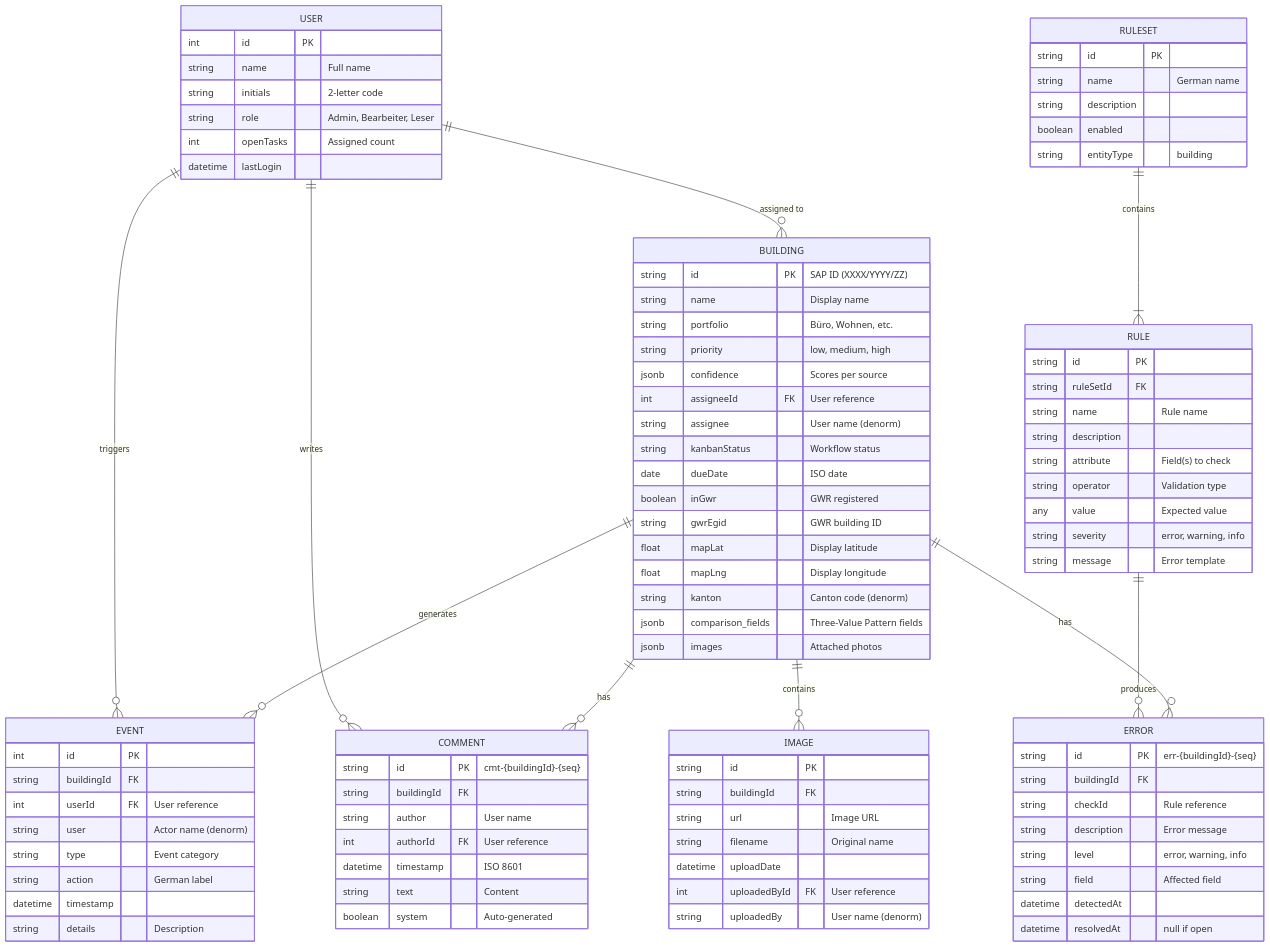
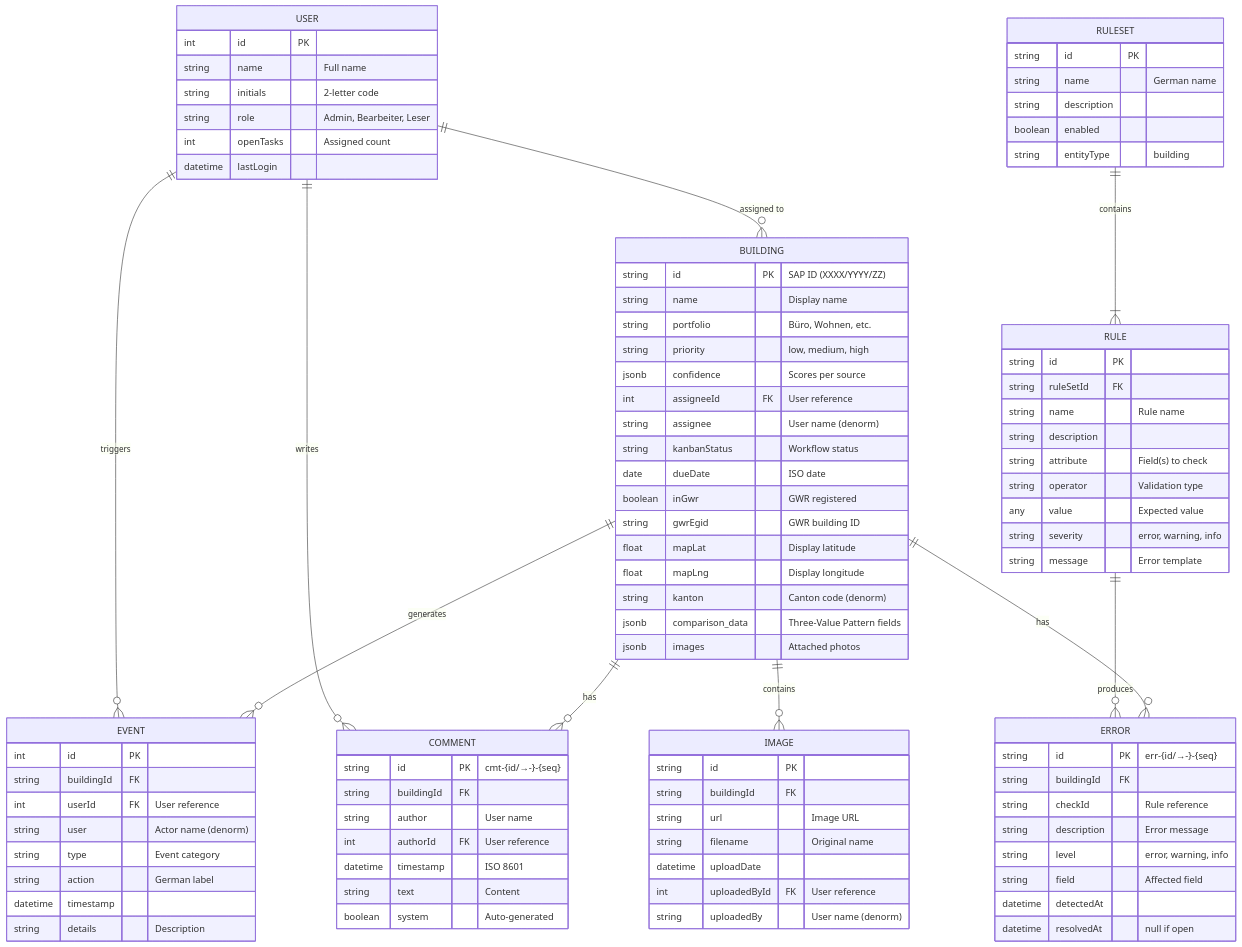
Before and after one commit to bbl-dres/geo-check: the second of 3 diagrams in docs/DATABASE.md, drawn with Mermaid. The commit also changed other lines of this file and 8 other files, not shown here.

```diff
--- a/docs/DATABASE.md
+++ b/docs/DATABASE.md
@@ -93,7 +93,7 @@
         float mapLat "Display latitude"
         float mapLng "Display longitude"
         string kanton "Canton code (denorm)"
-        jsonb comparison_fields "Three-Value Pattern fields"
+        jsonb comparison_data "Three-Value Pattern fields"
         jsonb images "Attached photos"
     }
 
@@ -118,7 +118,7 @@
     }
 
     COMMENT {
-        string id PK "cmt-{buildingId}-{seq}"
+        string id PK "cmt-{id/→-}-{seq}"
         string buildingId FK
         string author "User name"
         int authorId FK "User reference"
@@ -128,7 +128,7 @@
     }
 
     ERROR {
-        string id PK "err-{buildingId}-{seq}"
+        string id PK "err-{id/→-}-{seq}"
         string buildingId FK
         string checkId "Rule reference"
         string description "Error message"
```
